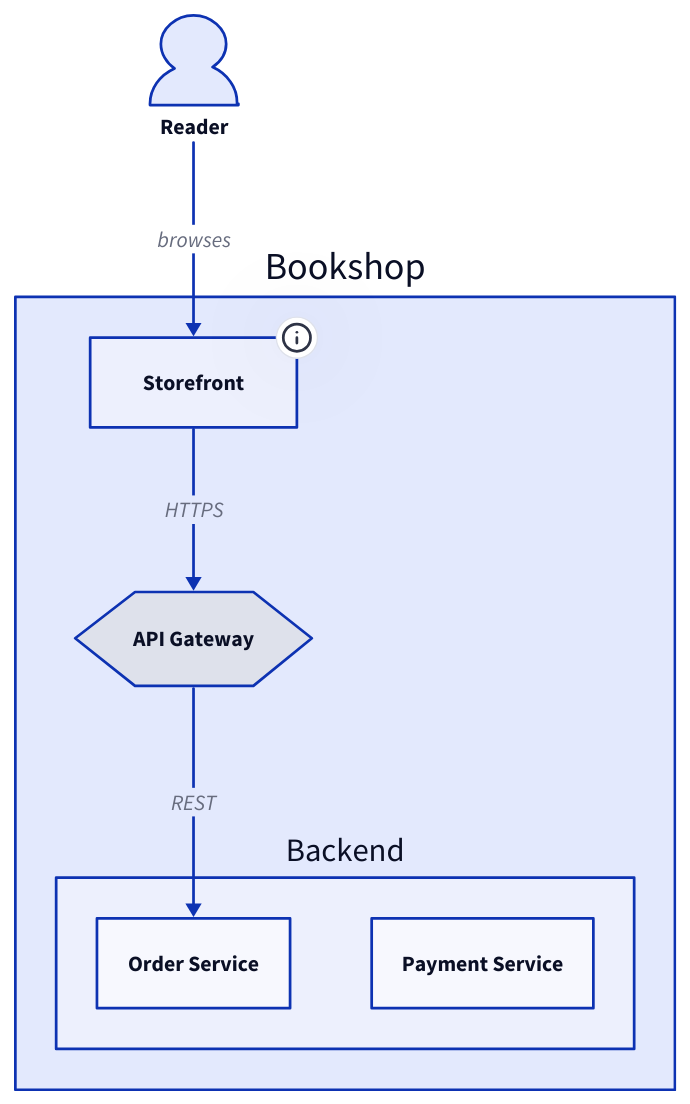
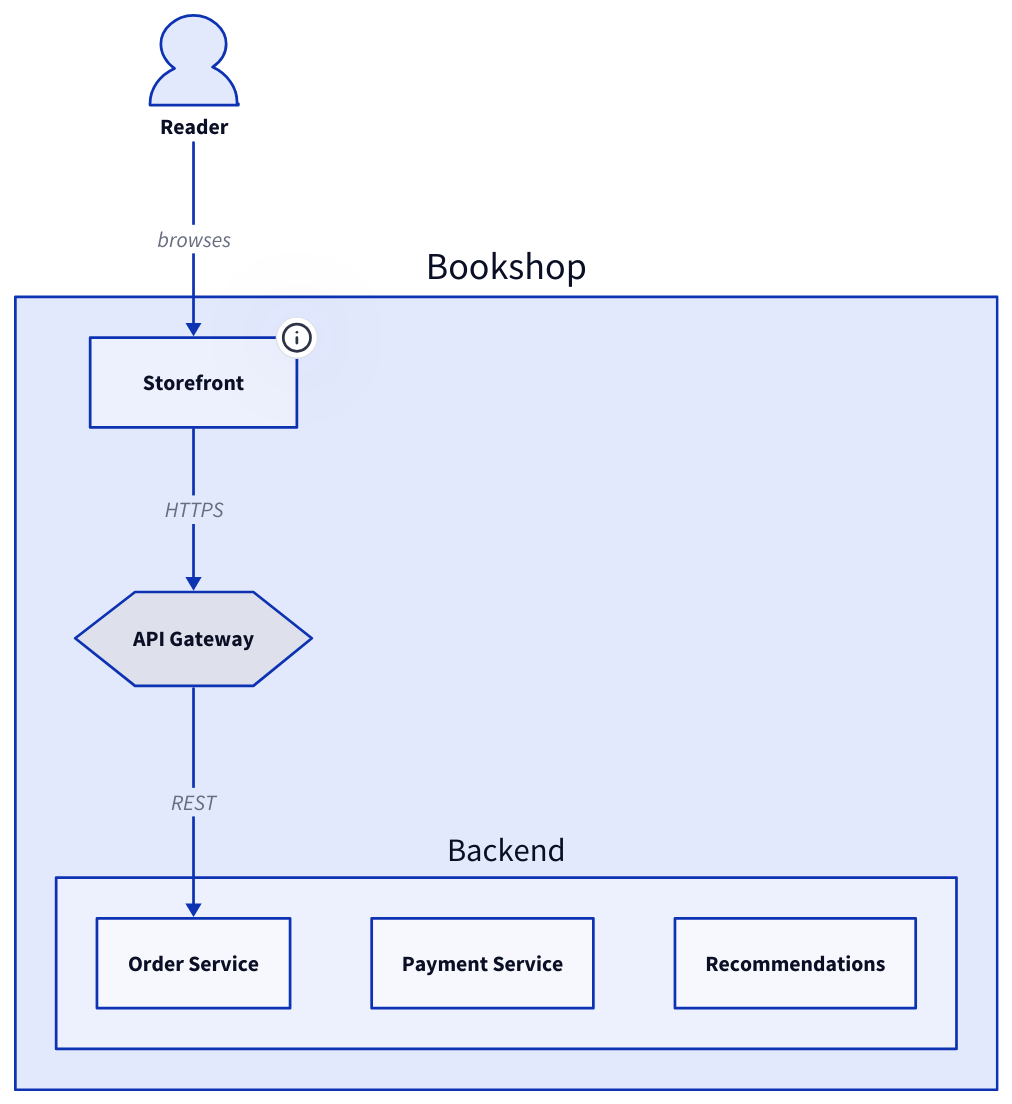
The first of 2 diagrams in README.md (codetent/mapitect), drawn with D2 before and after one commit. The commit also changed other lines of this file and 1 other file, not shown here.

````diff
--- a/README.md
+++ b/README.md
@@ -33,14 +34,15 @@
 ```d2
 shop: Bookshop {
   web: Storefront { tooltip: React app serving the public shop. }
   gateway: API Gateway { shape: hexagon }
   backend: Backend {
-    orders: Order Service
-    payments: Payment Service
+    orders: Order Service { vars: {technology: Go} }
+    payments: Payment Service { vars: {technology: Kotlin} }
+    recommendations: Recommendations { vars: {status: future} }
   }
   web -> gateway: HTTPS
   gateway -> backend.orders: REST
 }
 customer: Reader { shape: person }
 customer -> shop.web: browses
 ```
````
